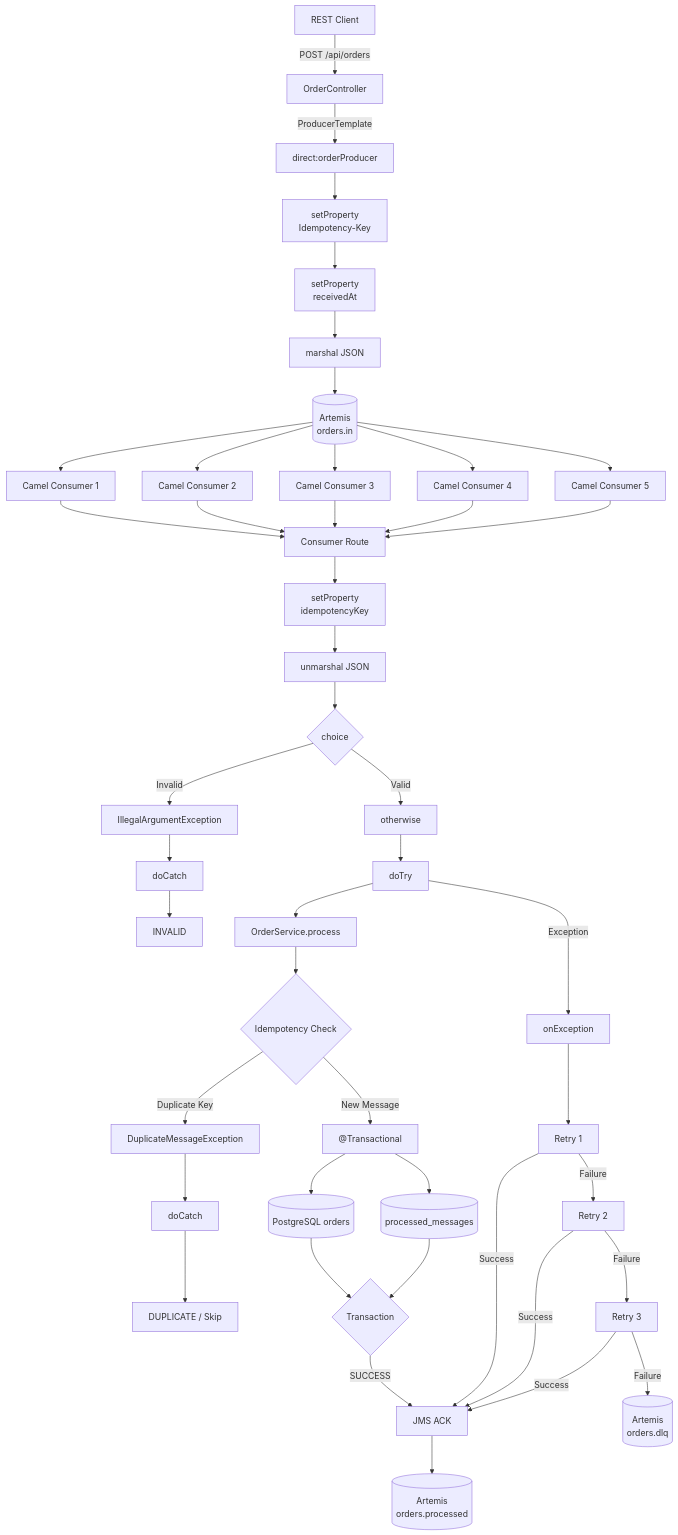
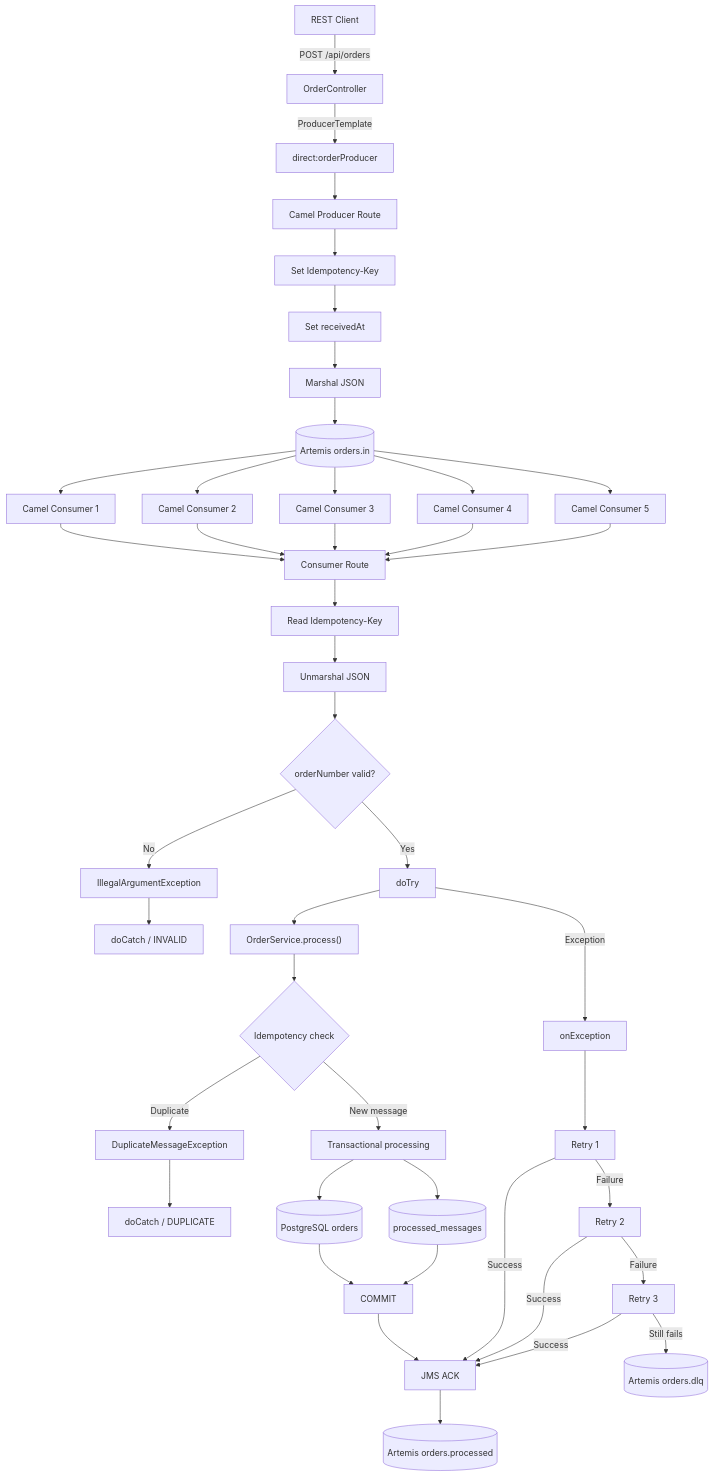
Before and after one commit to kaushleshtripathi/spring-boot-camel-artemis-xml-dsl-postgresql: the first of 9 diagrams in README.md, drawn with Mermaid. The commit also changed other lines of this file and 1 other file, not shown here.

````diff
--- a/README.md
+++ b/README.md
@@ -85,72 +29,55 @@
 ```mermaid
 flowchart TD
+    A["REST Client"] -->|POST /api/orders| B["OrderController"]
+    B -->|ProducerTemplate| C["direct:orderProducer"]
+    C --> D["Camel Producer Route"]
+    D --> E["Set Idempotency-Key"]
+    E --> F["Set receivedAt"]
+    F --> G["Marshal JSON"]
+    G --> H[("Artemis orders.in")]
 
-    A[REST Client] -->|POST /api/orders| B[OrderController]
+    H --> I1["Camel Consumer 1"]
+    H --> I2["Camel Consumer 2"]
+    H --> I3["Camel Consumer 3"]
+    H --> I4["Camel Consumer 4"]
+    H --> I5["Camel Consumer 5"]
 
-    B -->|ProducerTemplate| C[direct:orderProducer]
+    I1 --> J["Consumer Route"]
+    I2 --> J
+    I3 --> J
+    I4 --> J
+    I5 --> J
 
-    C --> D[setProperty<br/>Idempotency-Key]
+    J --> K["Read Idempotency-Key"]
+    K --> L["Unmarshal JSON"]
+    L --> M{"orderNumber valid?"}
 
-    D --> E[setProperty<br/>receivedAt]
+    M -->|No| N["IllegalArgumentException"]
+    N --> O["doCatch / INVALID"]
 
-    E --> F[marshal JSON]
+    M -->|Yes| P["doTry"]
+    P --> Q["OrderService.process()"]
+    Q --> R{"Idempotency check"}
 
-    F --> G[(Artemis<br/>orders.in)]
+    R -->|Duplicate| S["DuplicateMessageException"]
+    S --> T["doCatch / DUPLICATE"]
 
-    G --> H1[Camel Consumer 1]
-    G --> H2[Camel Consumer 2]
-    G --> H3[Camel Consumer 3]
-    G --> H4[Camel Consumer 4]
-    G --> H5[Camel Consumer 5]
+    R -->|New message| U["Transactional processing"]
+    U --> V[("PostgreSQL orders")]
+    U --> W[("processed_messages")]
+    V --> X["COMMIT"]
+    W --> X
 
-    H1 --> I[Consumer Route]
-    H2 --> I
-    H3 --> I
-    H4 --> I
-    H5 --> I
+    X --> Y["JMS ACK"]
+    Y --> Z[("Artemis orders.processed")]
 
-    I --> J[setProperty<br/>idempotencyKey]
+    P -->|Exception| AA["onException"]
+    AA --> AB["Retry 1"]
+    AB -->|Failure| AC["Retry 2"]
+    AC -->|Failure| AD["Retry 3"]
+    AD -->|Still fails| AE[("Artemis orders.dlq")]
 
-    J --> K[unmarshal JSON]
-
-    K --> L{choice}
-
-    L -->|Invalid| M[IllegalArgumentException]
-    M --> N[doCatch]
-    N --> O[INVALID]
-
-    L -->|Valid| P[otherwise]
-
-    P --> Q[doTry]
-
-    Q --> R[OrderService.process]
-
-    R --> S{Idempotency Check}
-
-    S -->|Duplicate Key| T[DuplicateMessageException]
-    T --> U[doCatch]
-    U --> V[DUPLICATE / Skip]
-
-    S -->|New Message| W["@Transactional"]
-
-    W --> X[(PostgreSQL orders)]
-    W --> Y[(processed_messages)]
-
-    X --> Z{Transaction}
-    Y --> Z
-
-    Z -->|SUCCESS| AA[JMS ACK]
-    AA --> AB[(Artemis<br/>orders.processed)]
-
-    Q -->|Exception| AC[onException]
-
-    AC --> AD[Retry 1]
-    AD -->|Failure| AE[Retry 2]
-    AE -->|Failure| AF[Retry 3]
-
-    AD -->|Success| AA
-    AE -->|Success| AA
-    AF -->|Success| AA
-
-    AF -->|Failure| AG[(Artemis<br/>orders.dlq)]
+    AB -->|Success| Y
+    AC -->|Success| Y
+    AD -->|Success| Y
 ```
````
